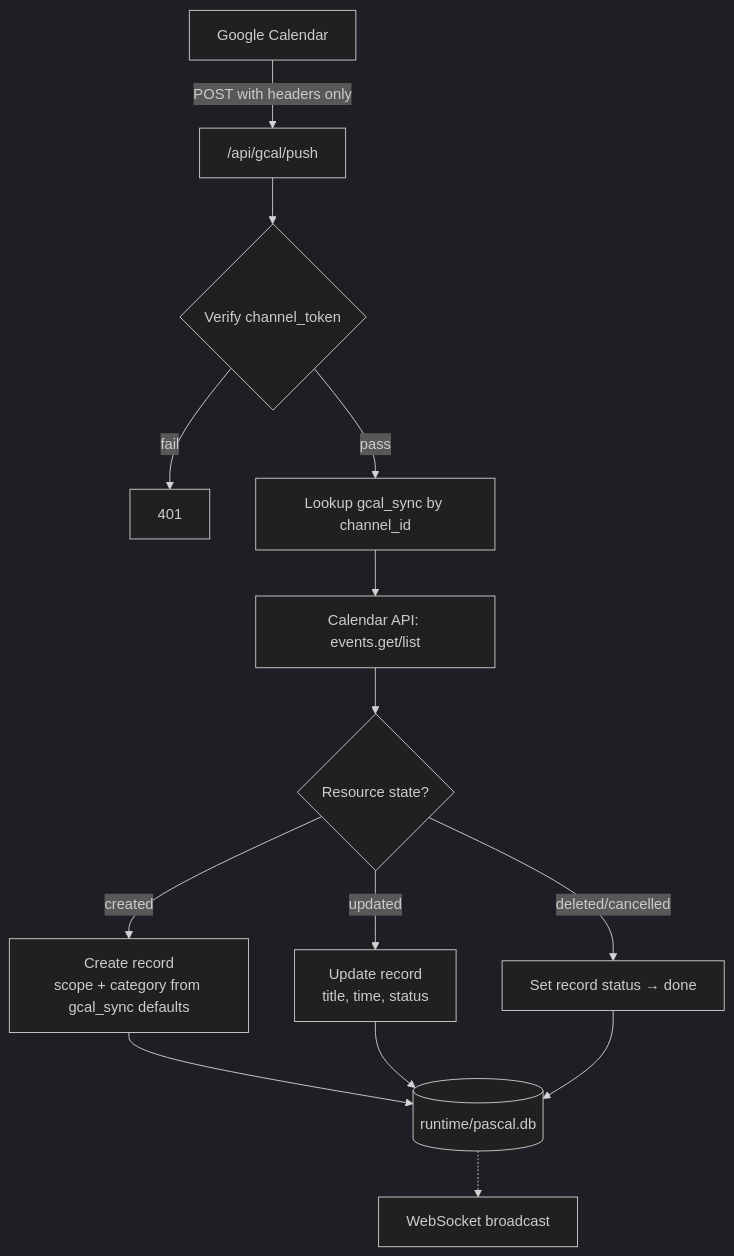
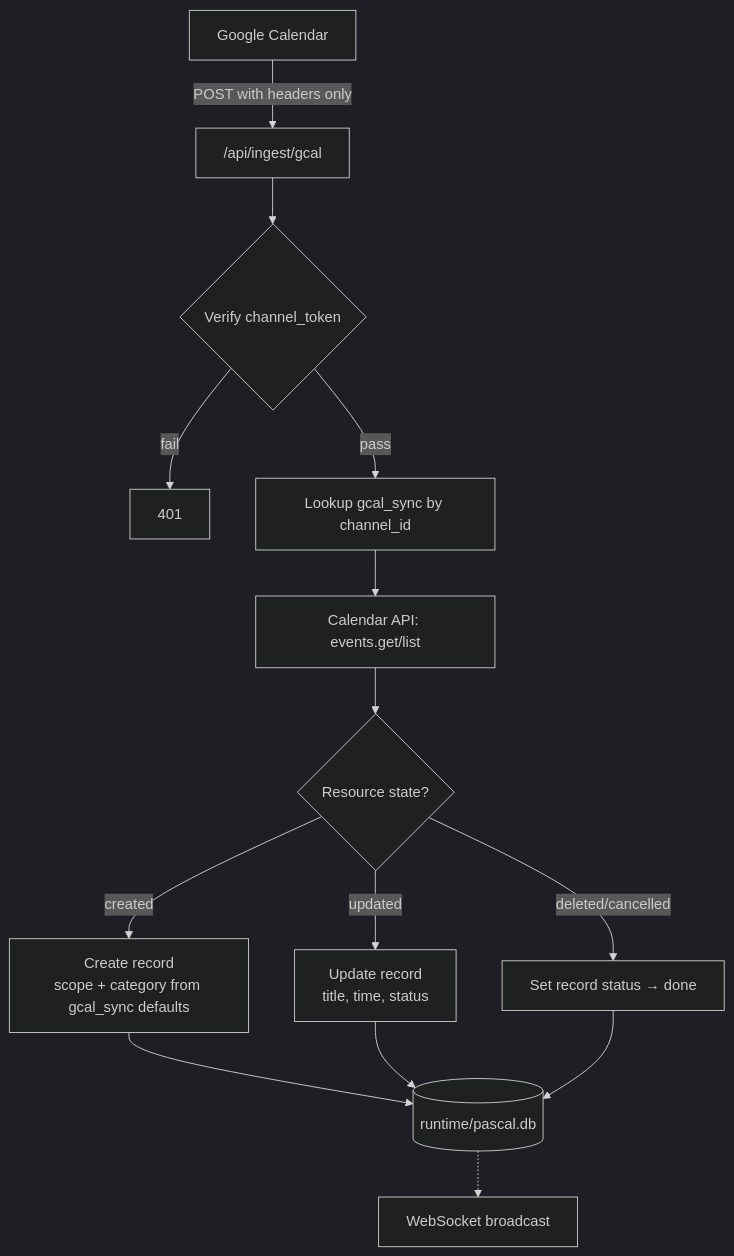
The second of 3 diagrams in ingestion.md (peatiscoding/pascal), drawn with Mermaid (dark theme) before and after one commit. The commit also changed other lines of this file and 14 other files, not shown here.

````diff
--- a/ingestion.md
+++ b/ingestion.md
@@ -221,16 +263,16 @@
 ```mermaid
 flowchart TD
-    Google[Google Calendar] -->|POST with headers only| Push["/api/gcal/push"]
+    Google[Google Calendar] -->|POST with headers only| Push["/api/ingest/gcal"]
     Push --> Verify{Verify channel_token}
     Verify -->|fail| R401[401]
     Verify -->|pass| Lookup[Lookup gcal_sync by channel_id]
     Lookup --> Fetch[Calendar API: events.get/list]
     Fetch --> State{Resource state?}
     State -->|created| Create[Create record\nscope + category from gcal_sync defaults]
     State -->|updated| Update[Update record\ntitle, time, status]
     State -->|deleted/cancelled| Done[Set record status → done]
     Create --> PascalDB[(runtime/pascal.db)]
     Update --> PascalDB
     Done --> PascalDB
     PascalDB -.-> WS[WebSocket broadcast]
 ```
````
